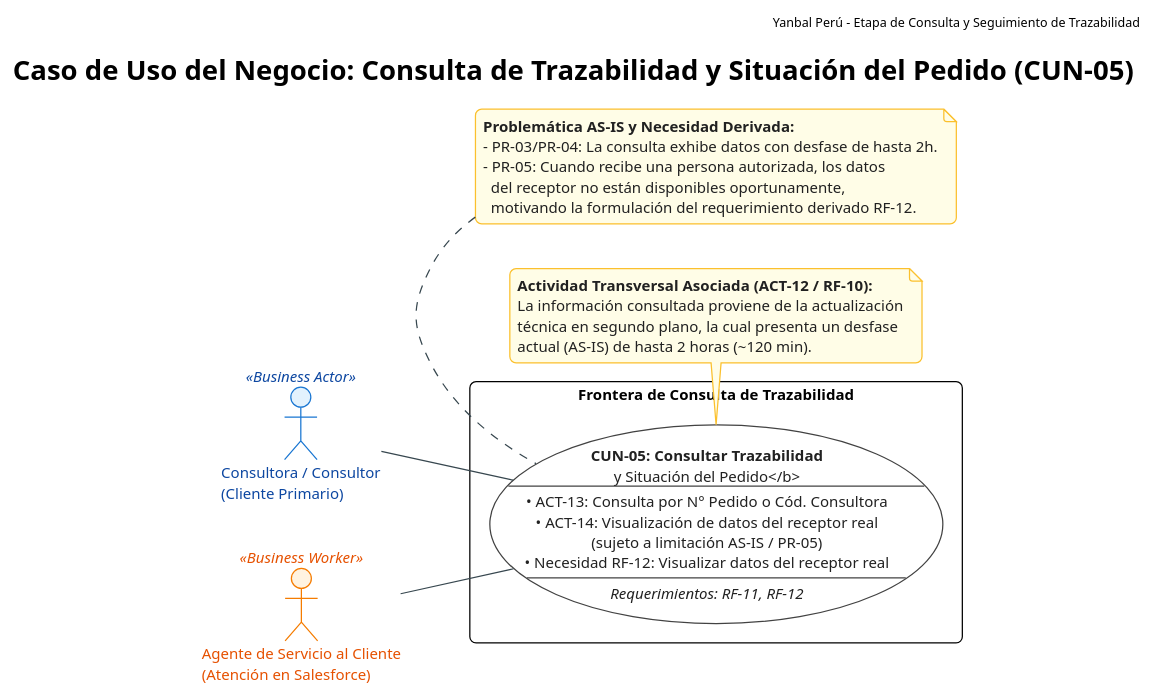
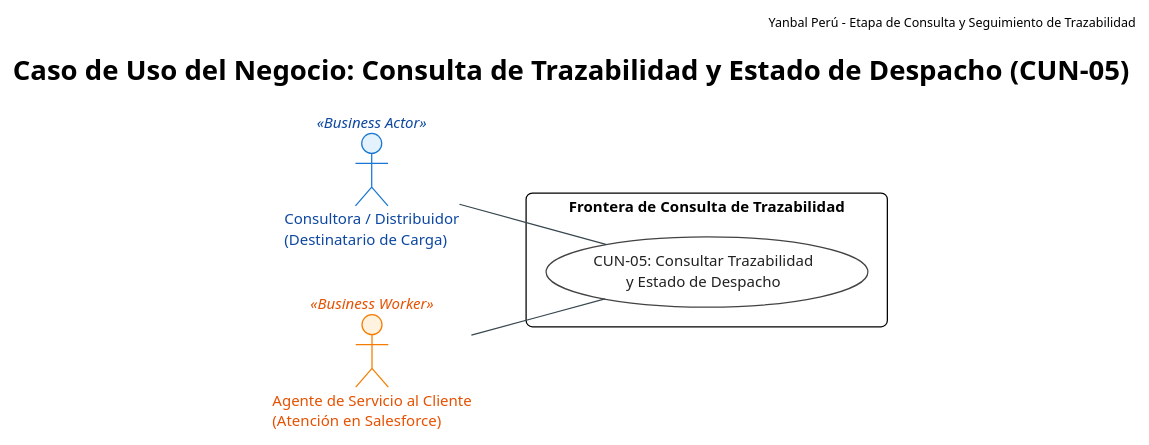
One commit to SaraviaH/arq-emp changed the diagram in arq-emp AS-IS/Diagrama de Casos de Uso del Negocio (CUN)/CUN_Paquete_Consulta.puml. Above: the diagram before and after it, drawn with PlantUML. The commit also changed 36 other files, not shown here.

```diff
--- a/arq-emp AS-IS/Diagrama de Casos de Uso del Negocio (CUN)/CUN_Paquete_Consulta.puml
+++ b/arq-emp AS-IS/Diagrama de Casos de Uso del Negocio (CUN)/CUN_Paquete_Consulta.puml
@@ -1,65 +1,40 @@
 @startuml CUN_Paquete_Consulta
 !theme plain
 skinparam shadowing false
 skinparam roundcorner 10
 skinparam defaultFontName "Arial"
 skinparam defaultFontSize 12
 
 skinparam actor {
     BackgroundColor<<Business Actor>> #E3F2FD
     BorderColor<<Business Actor>> #1976D2
     FontColor<<Business Actor>> #0D47A1
     
     BackgroundColor<<Business Worker>> #FFF3E0
     BorderColor<<Business Worker>> #F57C00
     FontColor<<Business Worker>> #E65100
 }
 
 skinparam usecase {
     BackgroundColor #FFFFFF
     BorderColor #424242
     ArrowColor #37474F
     FontColor #212121
 }
 
-skinparam note {
-    BackgroundColor #FFFDE7
-    BorderColor #FBC02D
-    FontColor #212121
-}
-
 left to right direction
 
 header Yanbal Perú - Etapa de Consulta y Seguimiento de Trazabilidad
-title Caso de Uso del Negocio: Consulta de Trazabilidad y Situación del Pedido (CUN-05)
+title Caso de Uso del Negocio: Consulta de Trazabilidad y Estado de Despacho (CUN-05)
 
-actor "Consultora / Consultor\n(Cliente Primario)" as ActorConsultora <<Business Actor>>
+actor "Consultora / Distribuidor\n(Destinatario de Carga)" as ActorConsultora <<Business Actor>>
 actor "Agente de Servicio al Cliente\n(Atención en Salesforce)" as WorkerAgente <<Business Worker>>
 
 rectangle "Frontera de Consulta de Trazabilidad" {
-    usecase "<b>CUN-05: Consultar Trazabilidad\ny Situación del Pedido</b>\n---\n• ACT-13: Consulta por N° Pedido o Cód. Consultora\n• ACT-14: Visualización de datos del receptor real\n(sujeto a limitación AS-IS / PR-05)\n• Necesidad RF-12: Visualizar datos del receptor real\n---\n<i>Requerimientos: RF-11, RF-12</i>" as CUN05
+    usecase "CUN-05: Consultar Trazabilidad\ny Estado de Despacho" as CUN05
 }
 
-' =======================================================
-' RELACIONES DE ASOCIACIÓN (ACTORES <-> CUN)
-' Asociaciones estándar UML (sin direccionalidad de flujo)
-' =======================================================
 ActorConsultora -- CUN05
 WorkerAgente -- CUN05
 
-note bottom of CUN05
-  <b>Actividad Transversal Asociada (ACT-12 / RF-10):</b>
-  La información consultada proviene de la actualización
-  técnica en segundo plano, la cual presenta un desfase
-  actual (AS-IS) de hasta 2 horas (~120 min).
-end note
-
-note top of CUN05
-  <b>Problemática AS-IS y Necesidad Derivada:</b>
-  - PR-03/PR-04: La consulta exhibe datos con desfase de hasta 2h.
-  - PR-05: Cuando recibe una persona autorizada, los datos
-    del receptor no están disponibles oportunamente,
-    motivando la formulación del requerimiento derivado RF-12.
-end note
-
 @enduml
```
